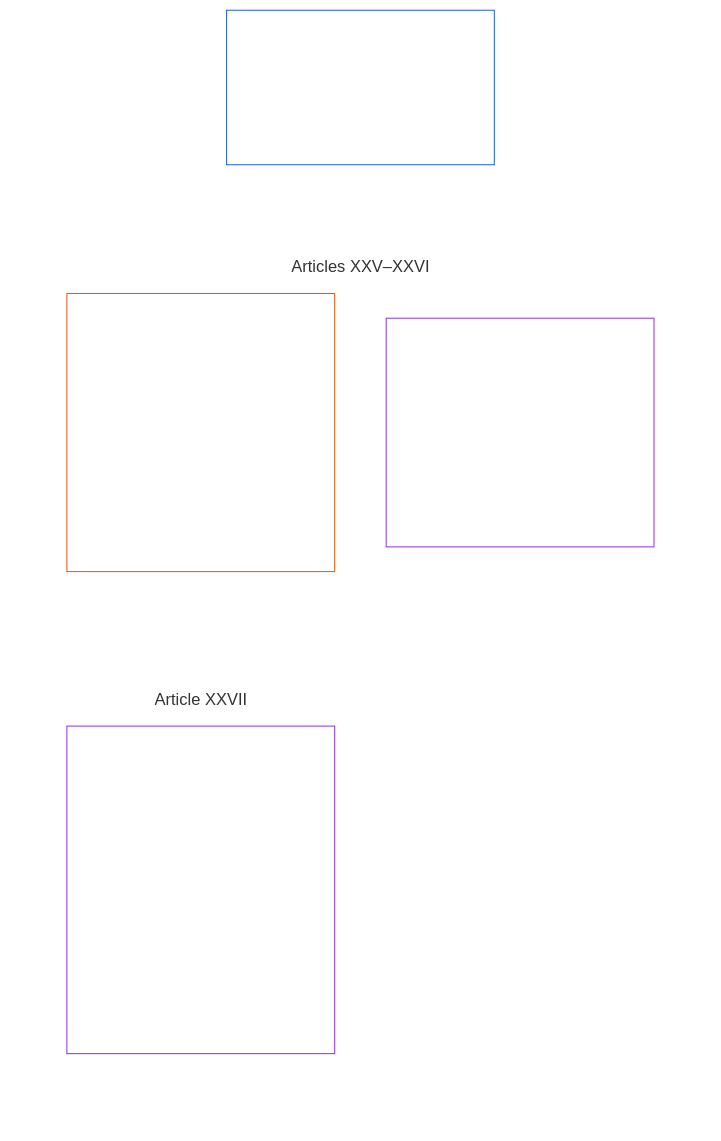
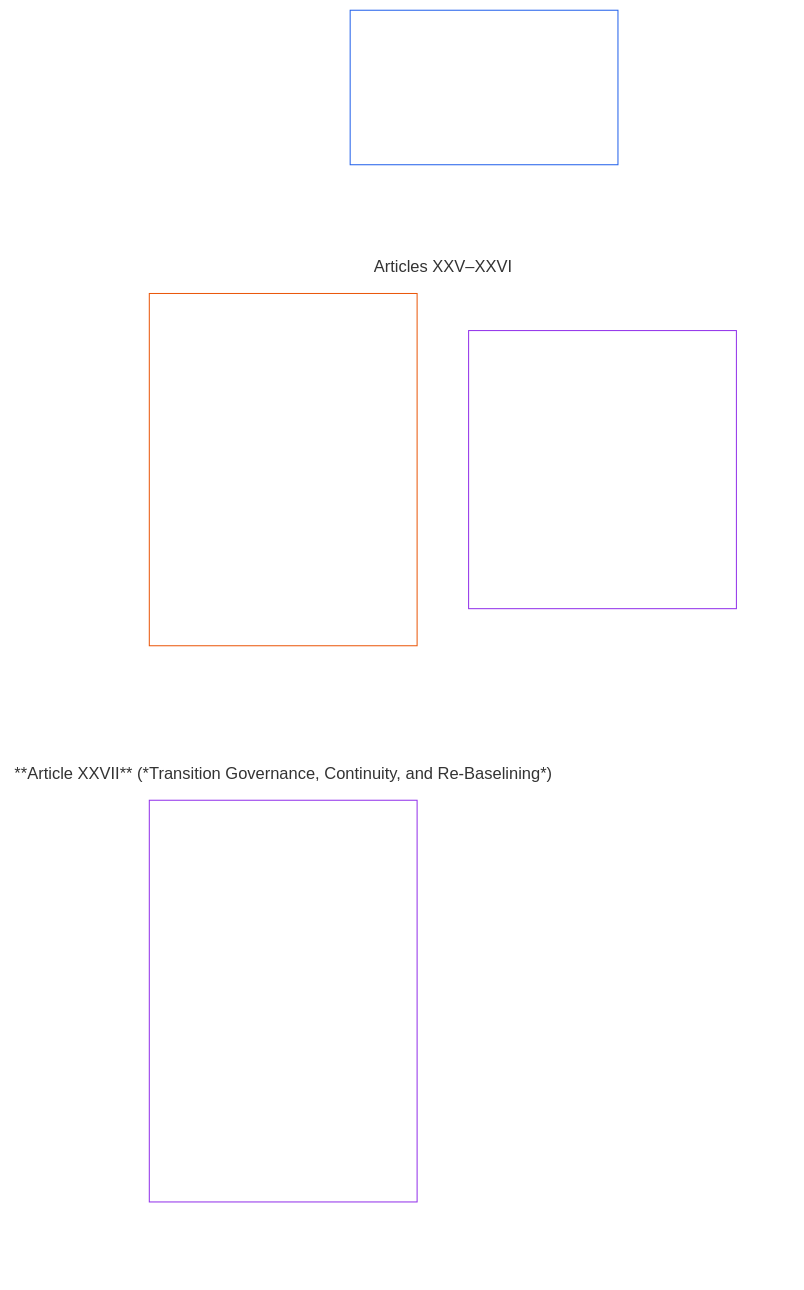
Before and after one commit to kfoelsch/Sentient_Constitution: the diagram in core_06_rights_part_e.md, drawn with Mermaid. The commit also changed other lines of this file and 116 other files, not shown here.

````diff
--- a/core_06_rights_part_e.md
+++ b/core_06_rights_part_e.md
@@ -40,24 +40,24 @@
 ```mermaid
 flowchart TB
     D0["Part E<br/><br/>Conflict resolution, review, constitutional evolution, and transition"]
     subgraph Dgrid[" "]
         direction TB
         subgraph Drow1["Articles XXV–XXVI"]
-            D1["Article XXV · Timely Retrospective Review and Restorative Alignment<br/><br/>• Retrospective review and disclosure<br/>• Rights-collision procedure<br/>• Restorative alignment<br/>• Timely resolution and anti-delay"]
-            D2["Article XXVI · Constitutional Evolution and Non-Entrenchment<br/><br/>• Non-entrenchment and revisability<br/>• Periodic revalidation and transparent change"]
+            D1["**Article XXV** (*Timely Retrospective Review and Restorative Alignment*) · Timely Retrospective Review and Restorative Alignment<br/><br/>• Retrospective review and disclosure<br/>• Rights-collision procedure<br/>• Restorative alignment<br/>• Timely resolution and anti-delay"]
+            D2["**Article XXVI** (*Constitutional Evolution and Non-Entrenchment*) · Constitutional Evolution and Non-Entrenchment<br/><br/>• Non-entrenchment and revisability<br/>• Periodic revalidation and transparent change"]
         end
-        subgraph Drow2["Article XXVII"]
-            D3["Article XXVII · Transition Governance, Continuity, and Re-Baselining<br/><br/>• Phased adoption and Rights Floor continuity<br/>• Transitional authority and reauthorization<br/>• Failure off-ramps, re-baselining, and traceability<br/>• Non-compliant property and systems"]
+        subgraph Drow2["**Article XXVII** (*Transition Governance, Continuity, and Re-Baselining*)"]
+            D3["**Article XXVII** (*Transition Governance, Continuity, and Re-Baselining*) · Transition Governance, Continuity, and Re-Baselining<br/><br/>• Phased adoption and Rights Floor continuity<br/>• Transitional authority and reauthorization<br/>• Failure off-ramps, re-baselining, and traceability<br/>• Non-compliant property and systems"]
         end
     end
     %% Invisible links force a two-wide grid: each link puts its target one level down.
     D0 ~~~ D1 & D2
     D1 ~~~ D3
     style Dgrid fill:none,stroke:none
     style Drow1 fill:none,stroke:none
     style Drow2 fill:none,stroke:none
     style D0 fill:none,stroke:#2563eb,color:#ffffff
     style D1 fill:none,stroke:#ea580c,color:#ffffff
     style D2 fill:none,stroke:#9333ea,color:#ffffff
     style D3 fill:none,stroke:#9333ea,color:#ffffff
 ```
````
